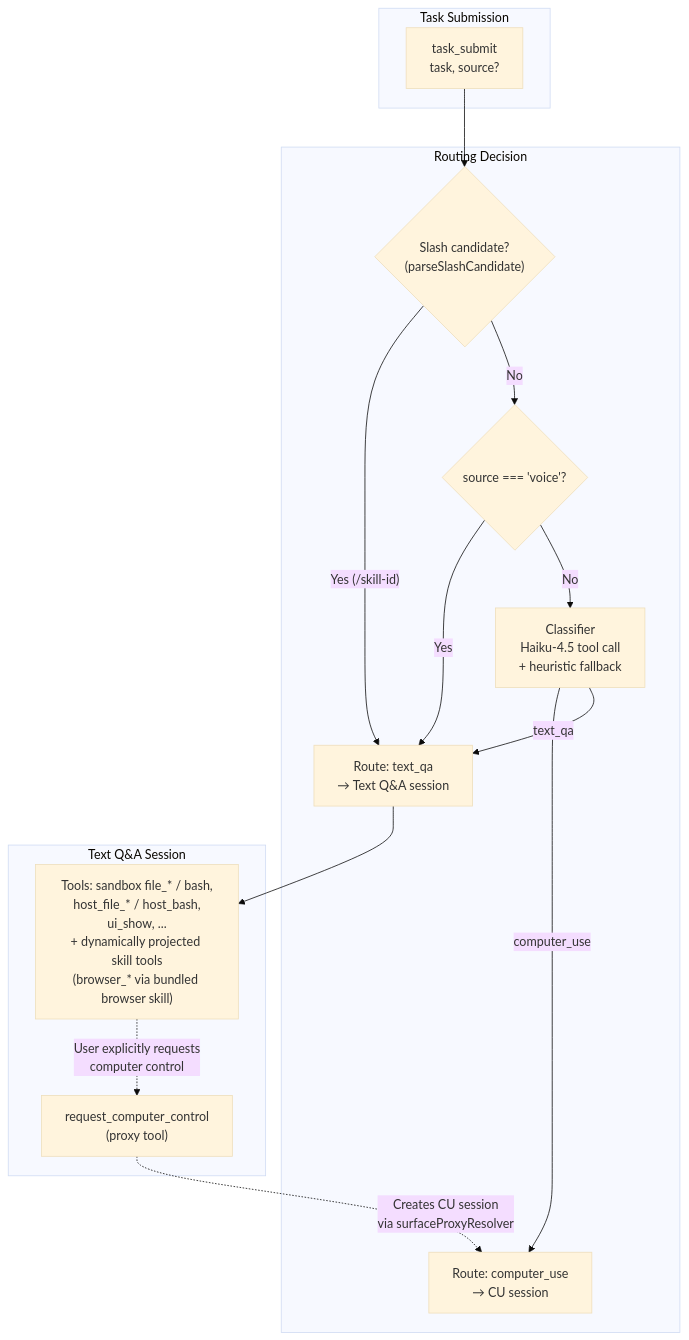
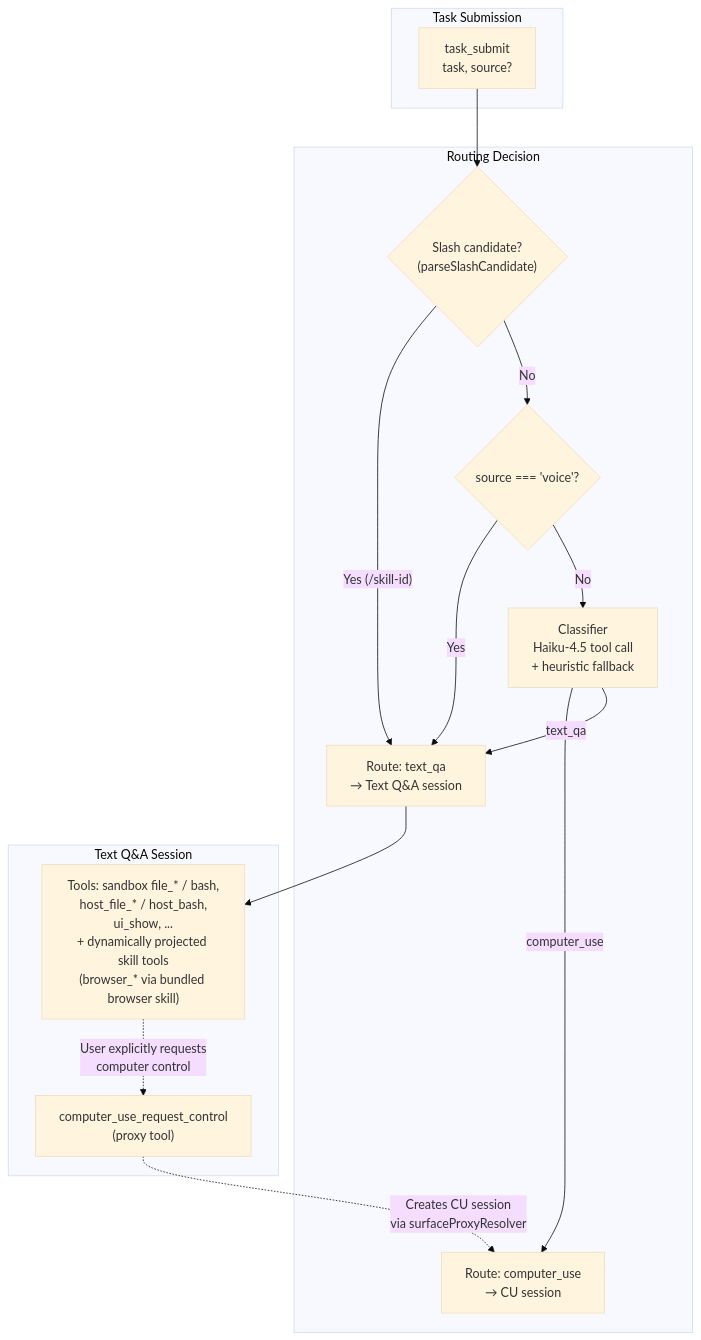
One commit to vellum-ai/vellum-assistant changed diagram 15 of 42 in ARCHITECTURE.md. Above: the diagram before and after it, drawn with Mermaid (base theme). The commit also changed other lines of this file and 1 other file, not shown here.

Commit message:
fix: tighten client_secret hook pattern and update ARCHITECTURE.md references

````diff
--- a/ARCHITECTURE.md
+++ b/ARCHITECTURE.md
@@ -1333,31 +1333,31 @@
 ```mermaid
 graph TB
     subgraph "Task Submission"
         SUBMIT["task_submit<br/>task, source?"]
     end
 
     subgraph "Routing Decision"
         SLASH_CHECK{"Slash candidate?<br/>(parseSlashCandidate)"}
         VOICE_CHECK{"source === 'voice'?"}
         CLASSIFIER["Classifier<br/>Haiku-4.5 tool call<br/>+ heuristic fallback"]
         CU_ROUTE["Route: computer_use<br/>→ CU session"]
         QA_ROUTE["Route: text_qa<br/>→ Text Q&A session"]
     end
 
     subgraph "Text Q&A Session"
         TEXT_TOOLS["Tools: sandbox file_* / bash,<br/>host_file_* / host_bash,<br/>ui_show, ...<br/>+ dynamically projected skill tools<br/>(browser_* via bundled browser skill)"]
-        ESCALATE["request_computer_control<br/>(proxy tool)"]
+        ESCALATE["computer_use_request_control<br/>(proxy tool)"]
     end
 
     SUBMIT --> SLASH_CHECK
     SLASH_CHECK -->|"Yes (/skill-id)"| QA_ROUTE
     SLASH_CHECK -->|"No"| VOICE_CHECK
     VOICE_CHECK -->|"Yes"| QA_ROUTE
     VOICE_CHECK -->|"No"| CLASSIFIER
     CLASSIFIER -->|"computer_use"| CU_ROUTE
     CLASSIFIER -->|"text_qa"| QA_ROUTE
 
     QA_ROUTE --> TEXT_TOOLS
     TEXT_TOOLS -.->|"User explicitly requests<br/>computer control"| ESCALATE
     ESCALATE -.->|"Creates CU session<br/>via surfaceProxyResolver"| CU_ROUTE
 ```
````
